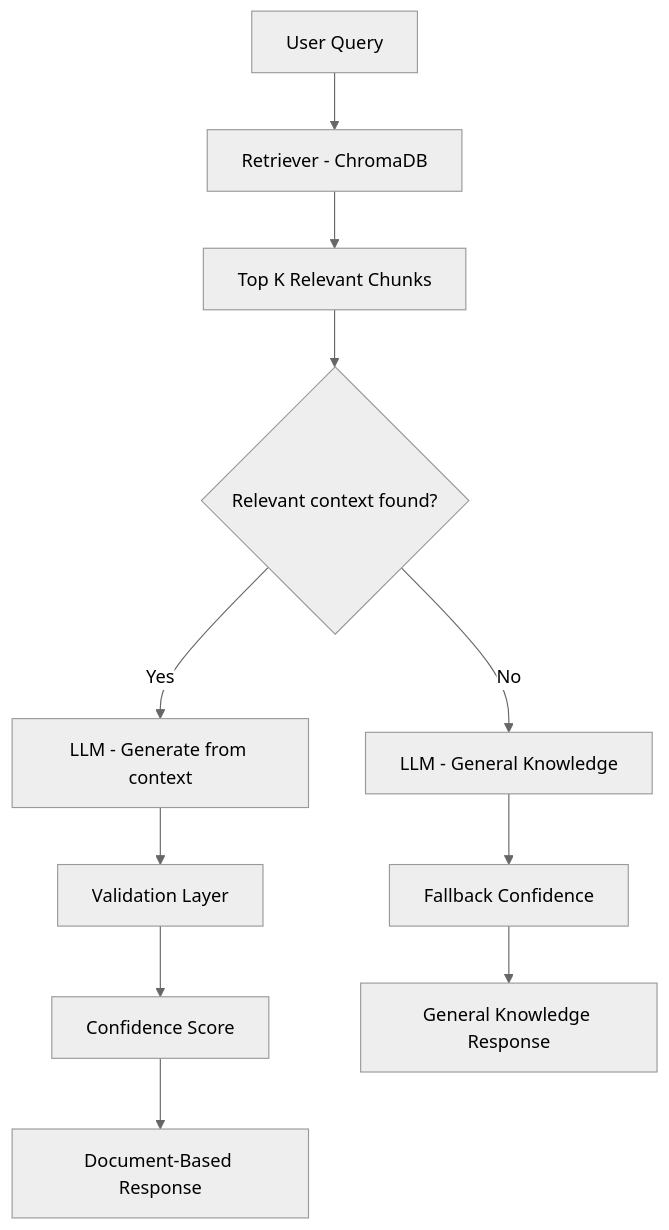
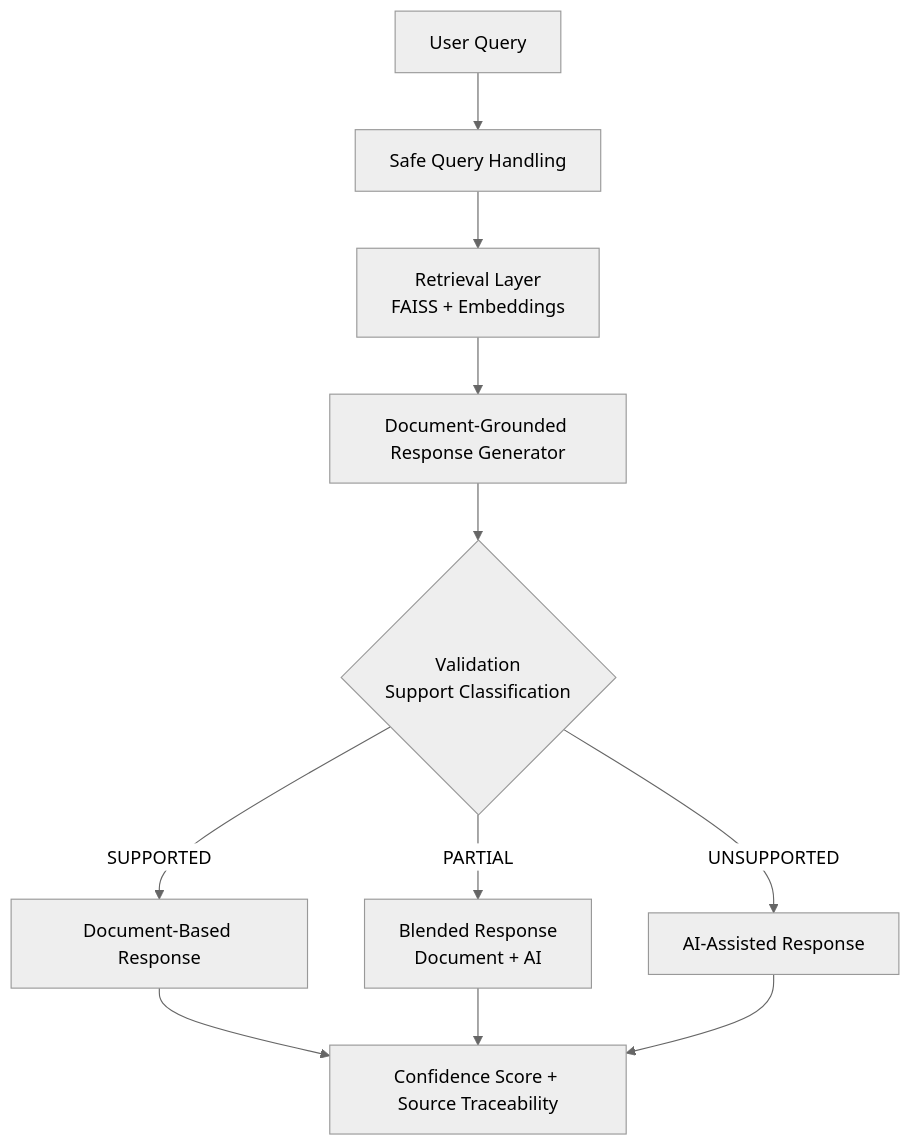
The diagram in README.md (leelakrishna-cloud/leelakrishna-cloud), drawn with Mermaid (neutral theme) before and after one commit.

````diff
--- a/README.md
+++ b/README.md
@@ -101,15 +101,16 @@
 ```mermaid
 flowchart TD
-    A[User Query] --> B[Retriever - ChromaDB]
-    B --> C[Top K Relevant Chunks]
-    C --> D{Relevant context found?}
 
-    D -->|Yes| E[LLM - Generate from context]
-    E --> F[Validation Layer]
-    F --> G[Confidence Score]
-    G --> H[Document-Based Response]
+A[User Query] --> B[Safe Query Handling]
+B --> C[Retrieval Layer<br/>FAISS + Embeddings]
+C --> D[Document-Grounded Response Generator]
+D --> E{Validation<br/>Support Classification}
 
-    D -->|No| I[LLM - General Knowledge]
-    I --> J[Fallback Confidence]
-    J --> K[General Knowledge Response]
+E -->|SUPPORTED| F[Document-Based Response]
+E -->|PARTIAL| G[Blended Response<br/>Document + AI]
+E -->|UNSUPPORTED| H[AI-Assisted Response]
+
+F --> I[Confidence Score + Source Traceability]
+G --> I
+H --> I
 ```
````
